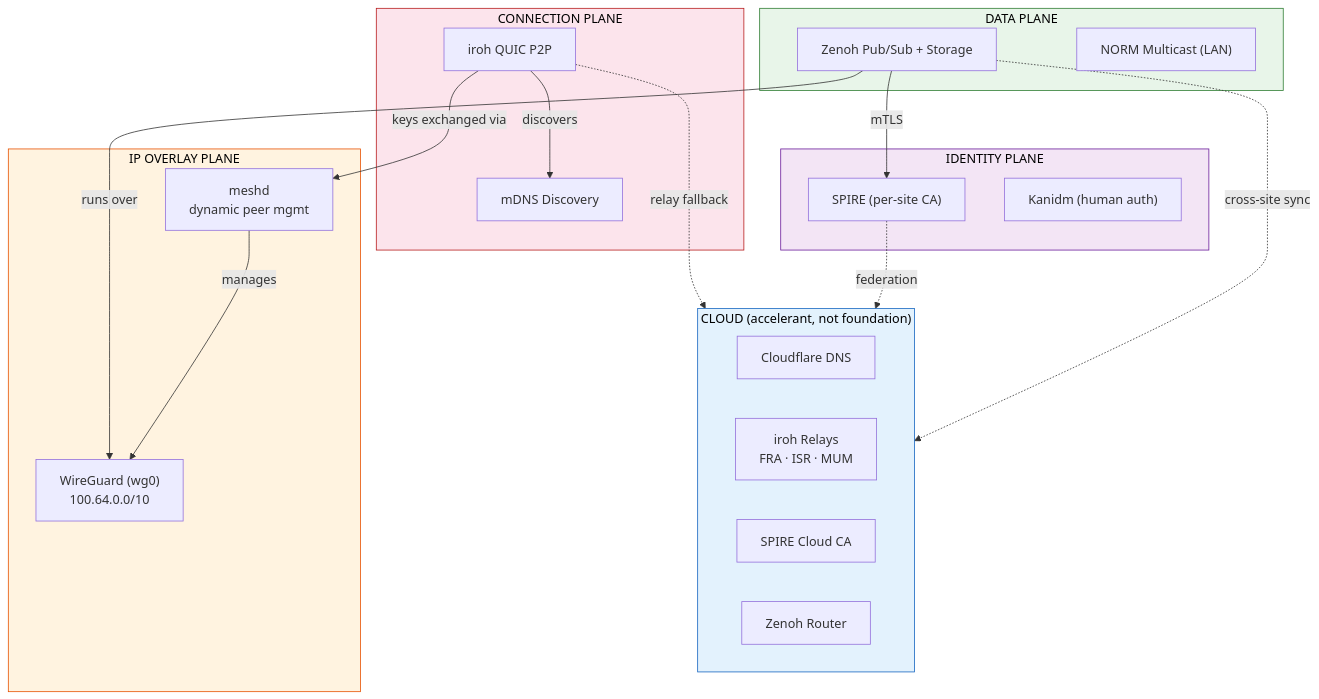
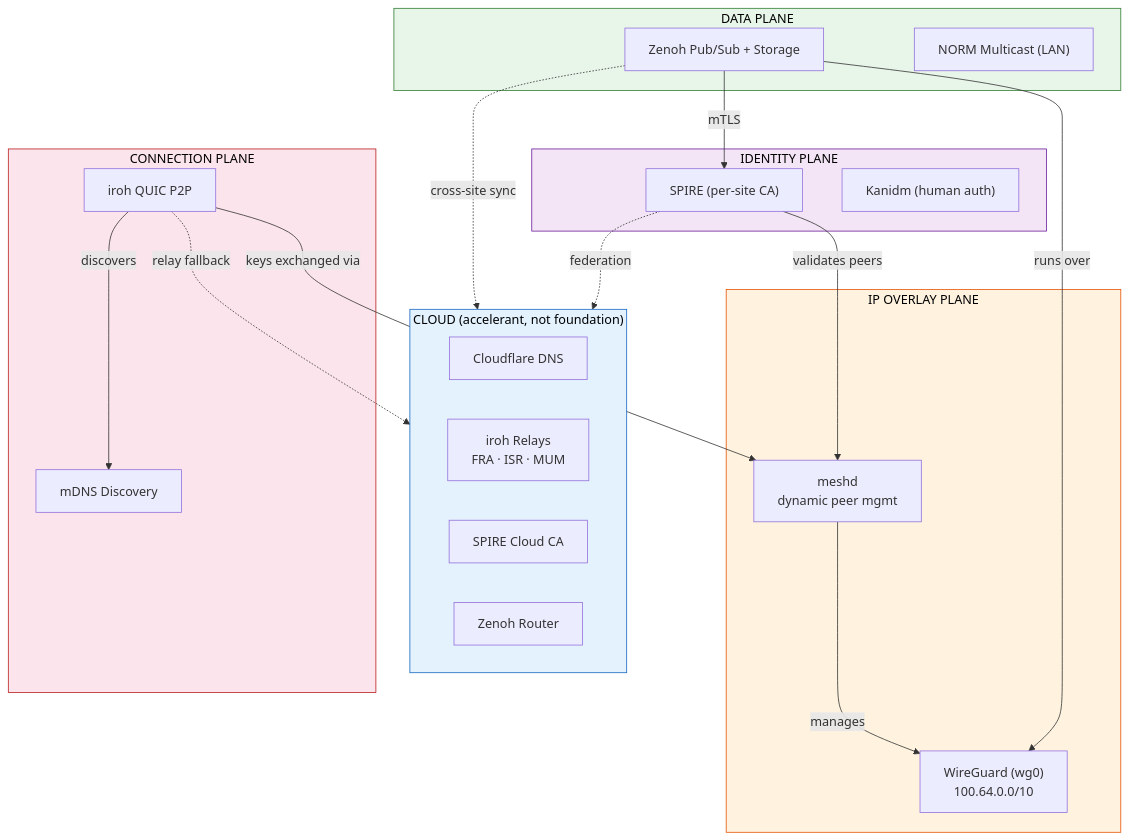
One commit to dlf-dds/DesertBreadProto changed the diagram in README.md. Above: the diagram before and after it, drawn with Mermaid. The commit also changed other lines of this file and 1 other file, not shown here.

First line of the commit message:
Update docs and architecture diagrams for TunnelDriver abstraction

````diff
--- a/README.md
+++ b/README.md
@@ -11,45 +11,46 @@
 ```mermaid
 graph TB
     subgraph CLOUD["CLOUD (accelerant, not foundation)"]
         direction LR
         CF["Cloudflare DNS"]
         RELAY["iroh Relays<br/>FRA · ISR · MUM"]
         SPIRE_C["SPIRE Cloud CA"]
         ZENOH_C["Zenoh Router"]
     end
 
     subgraph DATA["DATA PLANE"]
         ZENOH["Zenoh Pub/Sub + Storage"]
         NORM["NORM Multicast (LAN)"]
     end
 
     subgraph IDENTITY["IDENTITY PLANE"]
         SPIRE["SPIRE (per-site CA)"]
         KANIDM["Kanidm (human auth)"]
     end
 
     subgraph OVERLAY["IP OVERLAY PLANE"]
         WG["WireGuard (wg0)<br/>100.64.0.0/10"]
         MESHD["meshd<br/>dynamic peer mgmt"]
     end
 
     subgraph CONNECTION["CONNECTION PLANE"]
         IROH["iroh QUIC P2P"]
         MDNS["mDNS Discovery"]
     end
 
     ZENOH -->|"mTLS"| SPIRE
     ZENOH -->|"runs over"| WG
+    SPIRE -->|"validates peers"| MESHD
     MESHD -->|"manages"| WG
     IROH -->|"keys exchanged via"| MESHD
     IROH -->|"discovers"| MDNS
     IROH -.->|"relay fallback"| RELAY
     SPIRE -.->|"federation"| SPIRE_C
     ZENOH -.->|"cross-site sync"| ZENOH_C
 
     style CLOUD fill:#e3f2fd,stroke:#1565c0,color:#000
     style DATA fill:#e8f5e9,stroke:#2e7d32,color:#000
     style IDENTITY fill:#f3e5f5,stroke:#6a1b9a,color:#000
     style OVERLAY fill:#fff3e0,stroke:#e65100,color:#000
     style CONNECTION fill:#fce4ec,stroke:#b71c1c,color:#000
 ```
````
